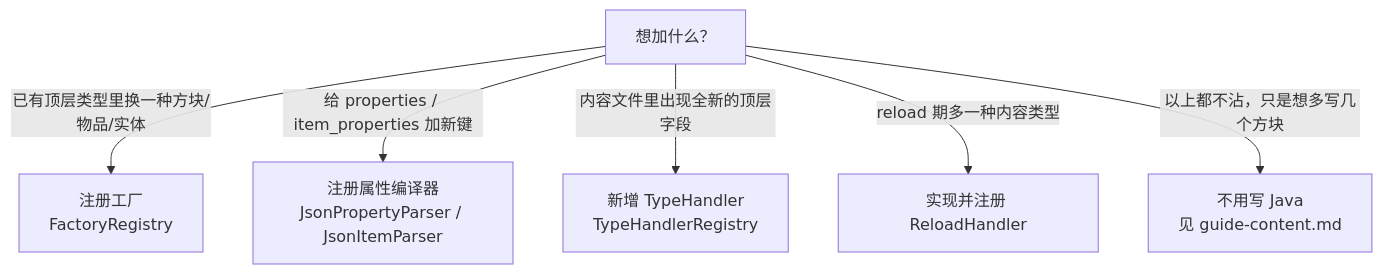
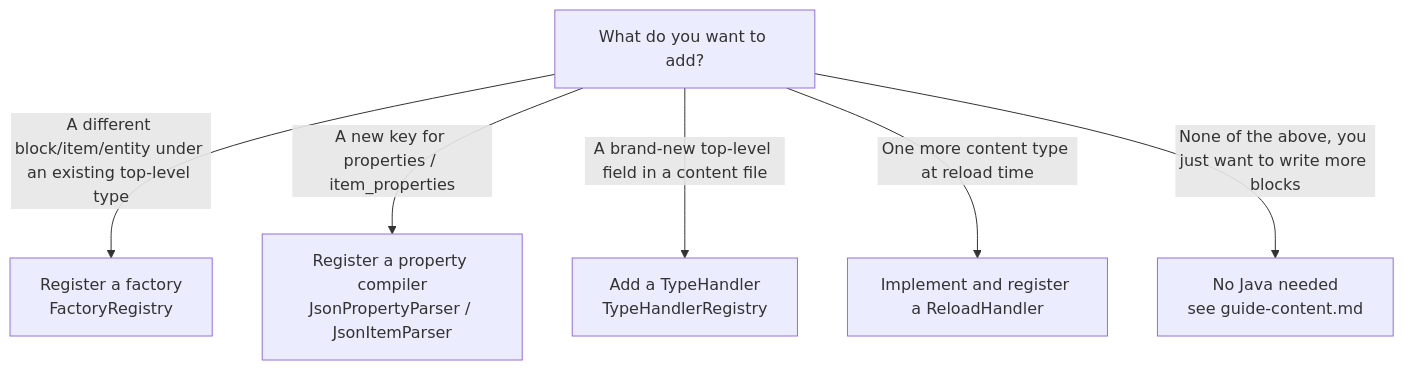
Before and after one commit to KasugaLibGroup/KasugaLibNext: the diagram in doc/guides/data-driven/guide-extension.en.md, drawn with Mermaid. The commit also changed other lines of this file and 9 other files, not shown here.

````diff
--- a/doc/guides/data-driven/guide-extension.en.md
+++ b/doc/guides/data-driven/guide-extension.en.md
@@ -13,8 +13,8 @@
 ```mermaid
 flowchart TD
-    A["想加什么？"] -->|"已有顶层类型里换一种方块/物品/实体"| B["注册工厂<br/>FactoryRegistry"]
-    A -->|"给 properties / item_properties 加新键"| C["注册属性编译器<br/>JsonPropertyParser / JsonItemParser"]
-    A -->|"内容文件里出现全新的顶层字段"| D["新增 TypeHandler<br/>TypeHandlerRegistry"]
-    A -->|"reload 期多一种内容类型"| E["实现并注册 ReloadHandler"]
-    A -->|"以上都不沾，只是想多写几个方块"| F["不用写 Java<br/>见 guide-content.md"]
+    A["What do you want to add?"] -->|"A different block/item/entity under an existing top-level type"| B["Register a factory<br/>FactoryRegistry"]
+    A -->|"A new key for properties / item_properties"| C["Register a property compiler<br/>JsonPropertyParser / JsonItemParser"]
+    A -->|"A brand-new top-level field in a content file"| D["Add a TypeHandler<br/>TypeHandlerRegistry"]
+    A -->|"One more content type at reload time"| E["Implement and register a ReloadHandler"]
+    A -->|"None of the above, you just want to write more blocks"| F["No Java needed<br/>see guide-content.md"]
 ```
````
